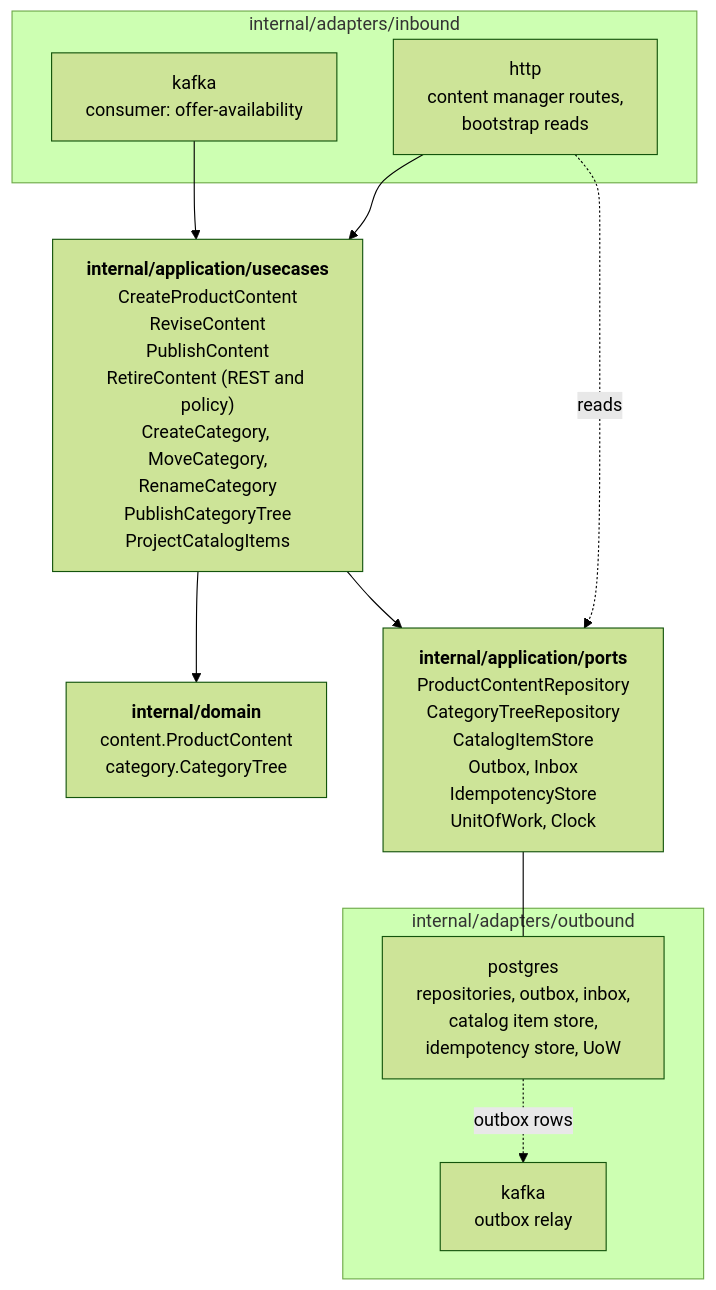
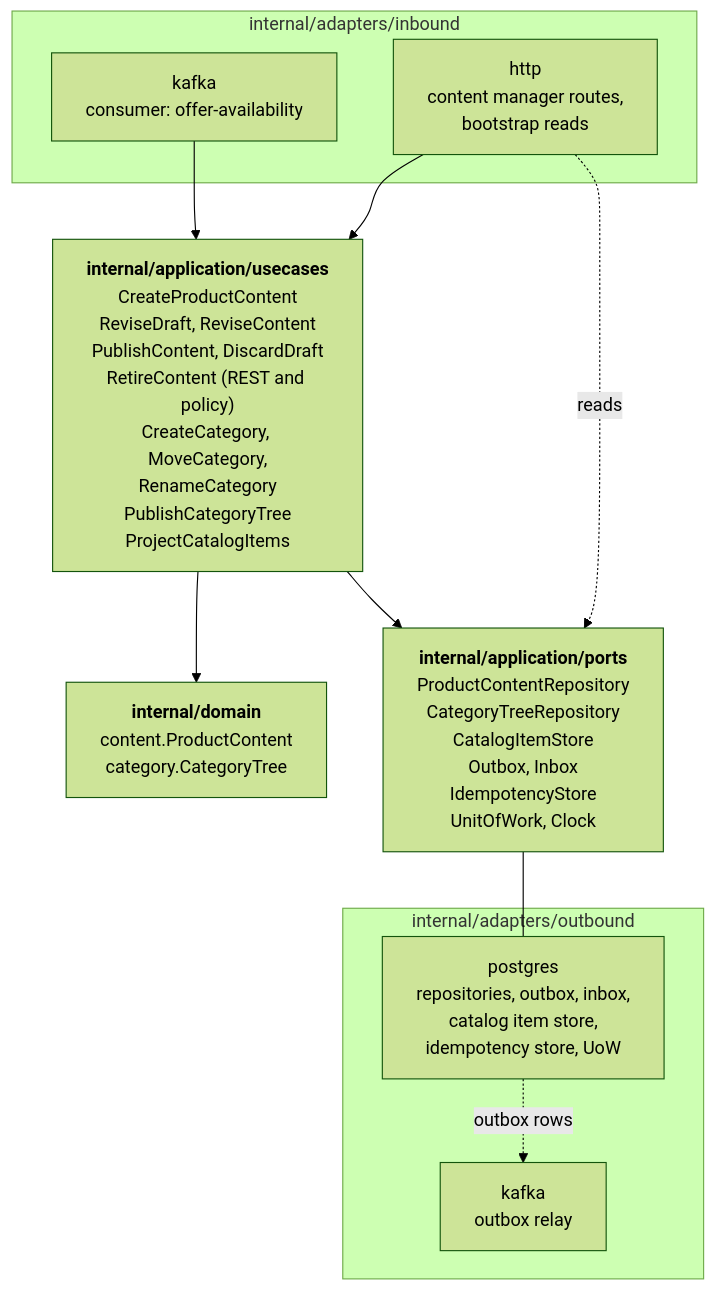
Before and after one commit to IQVO/warehouse-docs: the fifth of 5 diagrams in storefront/docs/contexts/product-content/class-diagram.md, drawn with Mermaid (forest theme). The commit also changed other lines of this file and 16 other files, not shown here.

Commit message:
docs(storefront): model-fix 4-5/7 - product-content, product-discovery, shopping-cart decisions applied; checkout model + events (24->26)

````diff
--- a/storefront/docs/contexts/product-content/class-diagram.md
+++ b/storefront/docs/contexts/product-content/class-diagram.md
@@ -198,21 +207,21 @@
 ```mermaid
 flowchart TB
     subgraph IN["internal/adapters/inbound"]
         HTTP["http<br/>content manager routes,<br/>bootstrap reads"]
         KC["kafka<br/>consumer: offer-availability"]
     end
-    APP["<b>internal/application/usecases</b><br/>CreateProductContent<br/>ReviseContent<br/>PublishContent<br/>RetireContent (REST and policy)<br/>CreateCategory, MoveCategory,<br/>RenameCategory<br/>PublishCategoryTree<br/>ProjectCatalogItems"]
+    APP["<b>internal/application/usecases</b><br/>CreateProductContent<br/>ReviseDraft, ReviseContent<br/>PublishContent, DiscardDraft<br/>RetireContent (REST and policy)<br/>CreateCategory, MoveCategory,<br/>RenameCategory<br/>PublishCategoryTree<br/>ProjectCatalogItems"]
     DOM["<b>internal/domain</b><br/>content.ProductContent<br/>category.CategoryTree"]
     PORTS["<b>internal/application/ports</b><br/>ProductContentRepository<br/>CategoryTreeRepository<br/>CatalogItemStore<br/>Outbox, Inbox<br/>IdempotencyStore<br/>UnitOfWork, Clock"]
     subgraph OUT["internal/adapters/outbound"]
         A1["postgres<br/>repositories, outbox, inbox,<br/>catalog item store,<br/>idempotency store, UoW"]
         A2["kafka<br/>outbox relay"]
     end
     HTTP --> APP
     KC --> APP
     HTTP -. reads .-> PORTS
     APP --> DOM
     APP --> PORTS
     PORTS --- A1
     A1 -. outbox rows .-> A2
 ```
````
